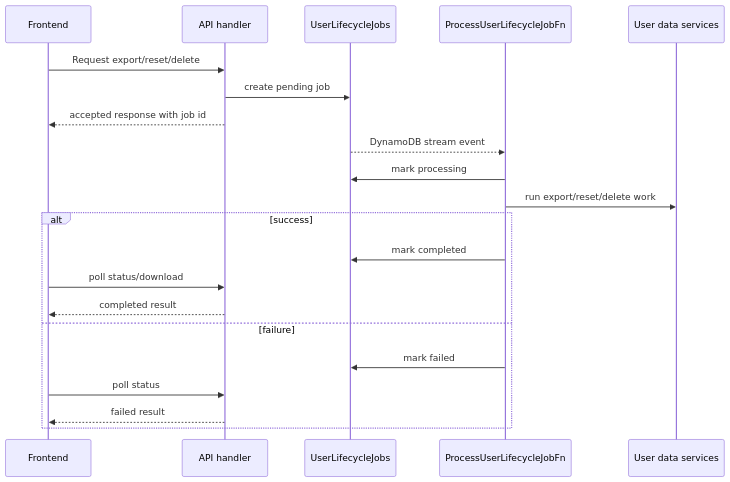
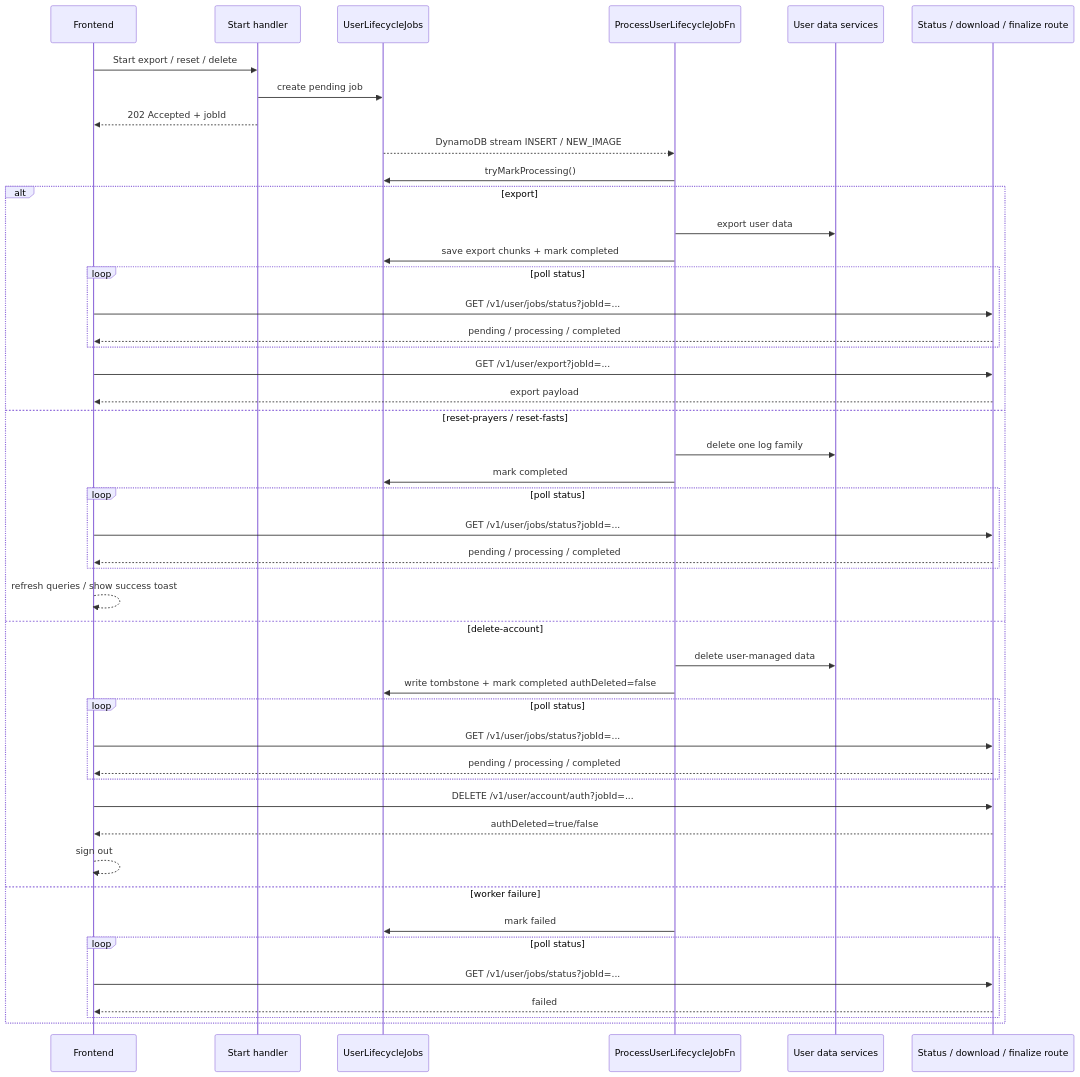
The diagram in docs/architecture/diagrams/03-user-lifecycle-jobs.md (amgad01/awdah), drawn with Mermaid before and after one commit. The commit also changed other lines of this file and 35 other files, not shown here.

First line of the commit message:
Release/v1.2.0 practical architecture pass (#12)

````diff
--- a/docs/architecture/diagrams/03-user-lifecycle-jobs.md
+++ b/docs/architecture/diagrams/03-user-lifecycle-jobs.md
@@ -21,24 +26,49 @@
 ```mermaid
 sequenceDiagram
     participant FE as Frontend
-    participant API as API handler
+    participant API as Start handler
     participant JOB as UserLifecycleJobs
     participant W as ProcessUserLifecycleJobFn
     participant DATA as User data services
+    participant FINAL as Status / download / finalize route
 
-    FE->>API: Request export/reset/delete
+    FE->>API: Start export / reset / delete
     API->>JOB: create pending job
-    API-->>FE: accepted response with job id
-    JOB-->>W: DynamoDB stream event
-    W->>JOB: mark processing
-    W->>DATA: run export/reset/delete work
-    alt success
+    API-->>FE: 202 Accepted + jobId
+    JOB-->>W: DynamoDB stream INSERT / NEW_IMAGE
+    W->>JOB: tryMarkProcessing()
+    alt export
+        W->>DATA: export user data
+        W->>JOB: save export chunks + mark completed
+        loop poll status
+            FE->>FINAL: GET /v1/user/jobs/status?jobId=...
+            FINAL-->>FE: pending / processing / completed
+        end
+        FE->>FINAL: GET /v1/user/export?jobId=...
+        FINAL-->>FE: export payload
+    else reset-prayers / reset-fasts
+        W->>DATA: delete one log family
         W->>JOB: mark completed
-        FE->>API: poll status/download
-        API-->>FE: completed result
-    else failure
+        loop poll status
+            FE->>FINAL: GET /v1/user/jobs/status?jobId=...
+            FINAL-->>FE: pending / processing / completed
+        end
+        FE-->>FE: refresh queries / show success toast
+    else delete-account
+        W->>DATA: delete user-managed data
+        W->>JOB: write tombstone + mark completed authDeleted=false
+        loop poll status
+            FE->>FINAL: GET /v1/user/jobs/status?jobId=...
+            FINAL-->>FE: pending / processing / completed
+        end
+        FE->>FINAL: DELETE /v1/user/account/auth?jobId=...
+        FINAL-->>FE: authDeleted=true/false
+        FE-->>FE: sign out
+    else worker failure
         W->>JOB: mark failed
-        FE->>API: poll status
-        API-->>FE: failed result
+        loop poll status
+            FE->>FINAL: GET /v1/user/jobs/status?jobId=...
+            FINAL-->>FE: failed
+        end
     end
 ```
````
